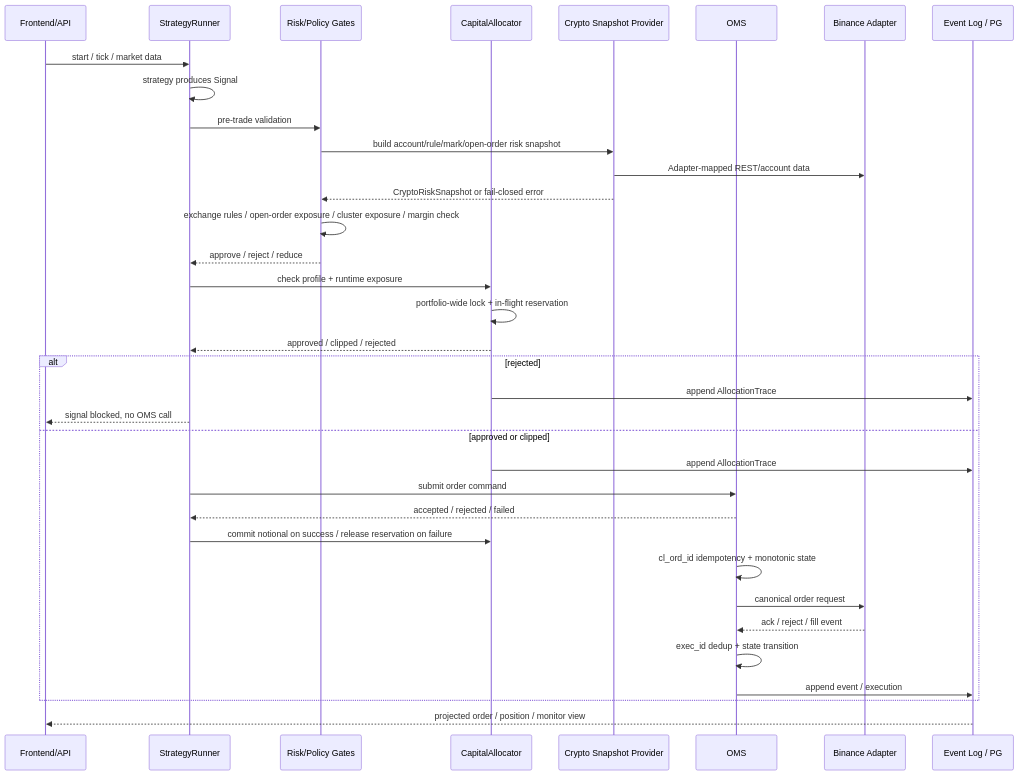
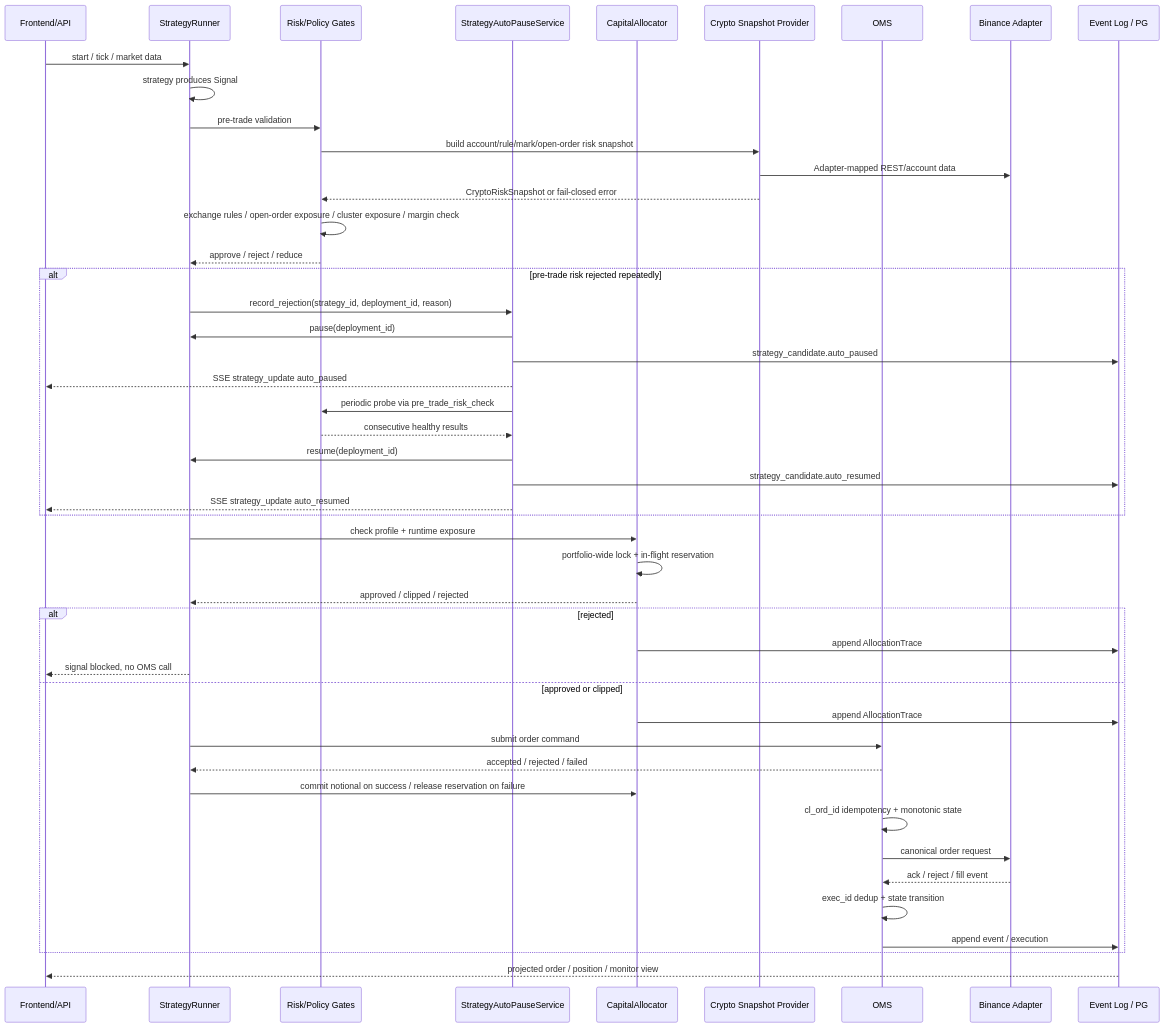
One commit to xiaomiaoalex/quant_trading_system changed the third of 14 diagrams in docs/PROJECT_ARCHITECTURE.md. Above: the diagram before and after it, drawn with Mermaid. The commit also changed other lines of this file and 4 other files, not shown here.

Commit message:
docs: record log-noise and auto-pause changes

````diff
--- a/docs/PROJECT_ARCHITECTURE.md
+++ b/docs/PROJECT_ARCHITECTURE.md
@@ -162,38 +182,50 @@
 ```mermaid
 sequenceDiagram
     participant FE as Frontend/API
     participant Runner as StrategyRunner
     participant Policy as Risk/Policy Gates
+    participant AutoPause as StrategyAutoPauseService
     participant Allocator as CapitalAllocator
     participant Snapshot as Crypto Snapshot Provider
     participant OMS as OMS
     participant Broker as Binance Adapter
     participant Store as Event Log / PG
 
     FE->>Runner: start / tick / market data
     Runner->>Runner: strategy produces Signal
     Runner->>Policy: pre-trade validation
     Policy->>Snapshot: build account/rule/mark/open-order risk snapshot
     Snapshot->>Broker: Adapter-mapped REST/account data
     Snapshot-->>Policy: CryptoRiskSnapshot or fail-closed error
     Policy->>Policy: exchange rules / open-order exposure / cluster exposure / margin check
     Policy-->>Runner: approve / reject / reduce
+    alt pre-trade risk rejected repeatedly
+        Runner->>AutoPause: record_rejection(strategy_id, deployment_id, reason)
+        AutoPause->>Runner: pause(deployment_id)
+        AutoPause->>Store: strategy_candidate.auto_paused
+        AutoPause-->>FE: SSE strategy_update auto_paused
+        AutoPause->>Policy: periodic probe via pre_trade_risk_check
+        Policy-->>AutoPause: consecutive healthy results
+        AutoPause->>Runner: resume(deployment_id)
+        AutoPause->>Store: strategy_candidate.auto_resumed
+        AutoPause-->>FE: SSE strategy_update auto_resumed
+    end
     Runner->>Allocator: check profile + runtime exposure
     Allocator->>Allocator: portfolio-wide lock + in-flight reservation
     Allocator-->>Runner: approved / clipped / rejected
     alt rejected
         Allocator->>Store: append AllocationTrace
         Runner-->>FE: signal blocked, no OMS call
     else approved or clipped
         Allocator->>Store: append AllocationTrace
         Runner->>OMS: submit order command
         OMS-->>Runner: accepted / rejected / failed
         Runner->>Allocator: commit notional on success / release reservation on failure
         OMS->>OMS: cl_ord_id idempotency + monotonic state
         OMS->>Broker: canonical order request
         Broker-->>OMS: ack / reject / fill event
         OMS->>OMS: exec_id dedup + state transition
         OMS->>Store: append event / execution
     end
     Store-->>FE: projected order / position / monitor view
 ```
````
